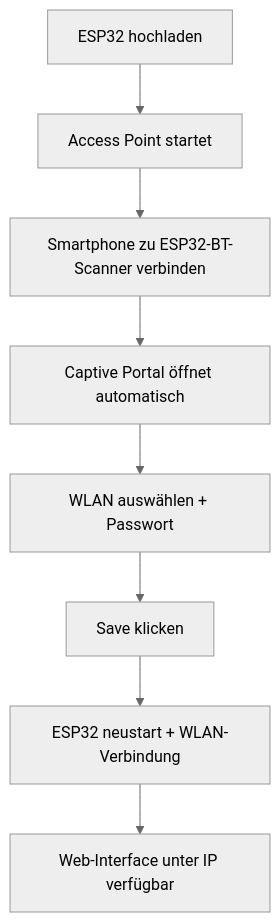
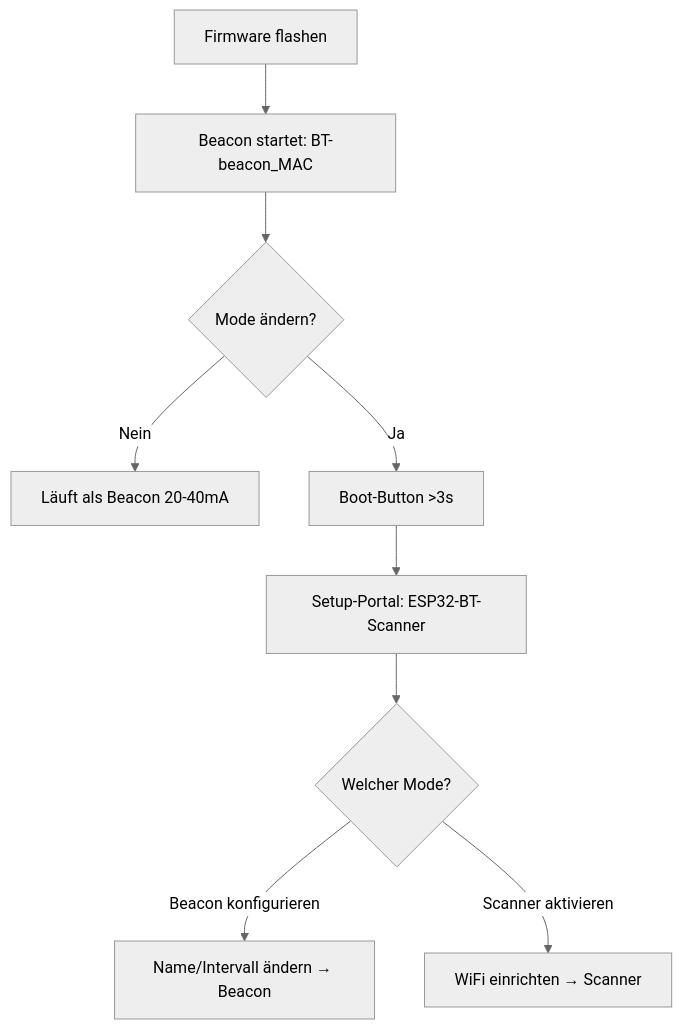
Before and after one commit to jandressler/esp32-bt-scanner: the first of 2 diagrams in README.md, drawn with Mermaid (neutral theme). The commit also changed other lines of this file and 17 other files, not shown here.

Commit message:
a bigger refactoring of the project and adding a beacon mode as a default behaviour with name adjustment possibilities

````diff
--- a/README.md
+++ b/README.md
@@ -55,10 +116,11 @@
 ```mermaid
 graph TD
-    A[ESP32 hochladen] --> B[Access Point startet]
-    B --> C[Smartphone zu ESP32-BT-Scanner verbinden]
-    C --> D[Captive Portal öffnet automatisch]
-    D --> E[WLAN auswählen + Passwort]
-    E --> F[Save klicken]
-    F --> G[ESP32 neustart + WLAN-Verbindung]
-    G --> H[Web-Interface unter IP verfügbar]
+    A[Firmware flashen] --> B[Beacon startet: BT-beacon_MAC]
+    B --> C{Mode ändern?}
+    C -->|Nein| D[Läuft als Beacon 20-40mA]
+    C -->|Ja| E[Boot-Button >3s]
+    E --> F[Setup-Portal: ESP32-BT-Scanner]
+    F --> G{Welcher Mode?}
+    G -->|Beacon konfigurieren| H[Name/Intervall ändern → Beacon]
+    G -->|Scanner aktivieren| I[WiFi einrichten → Scanner]
 ```
````
